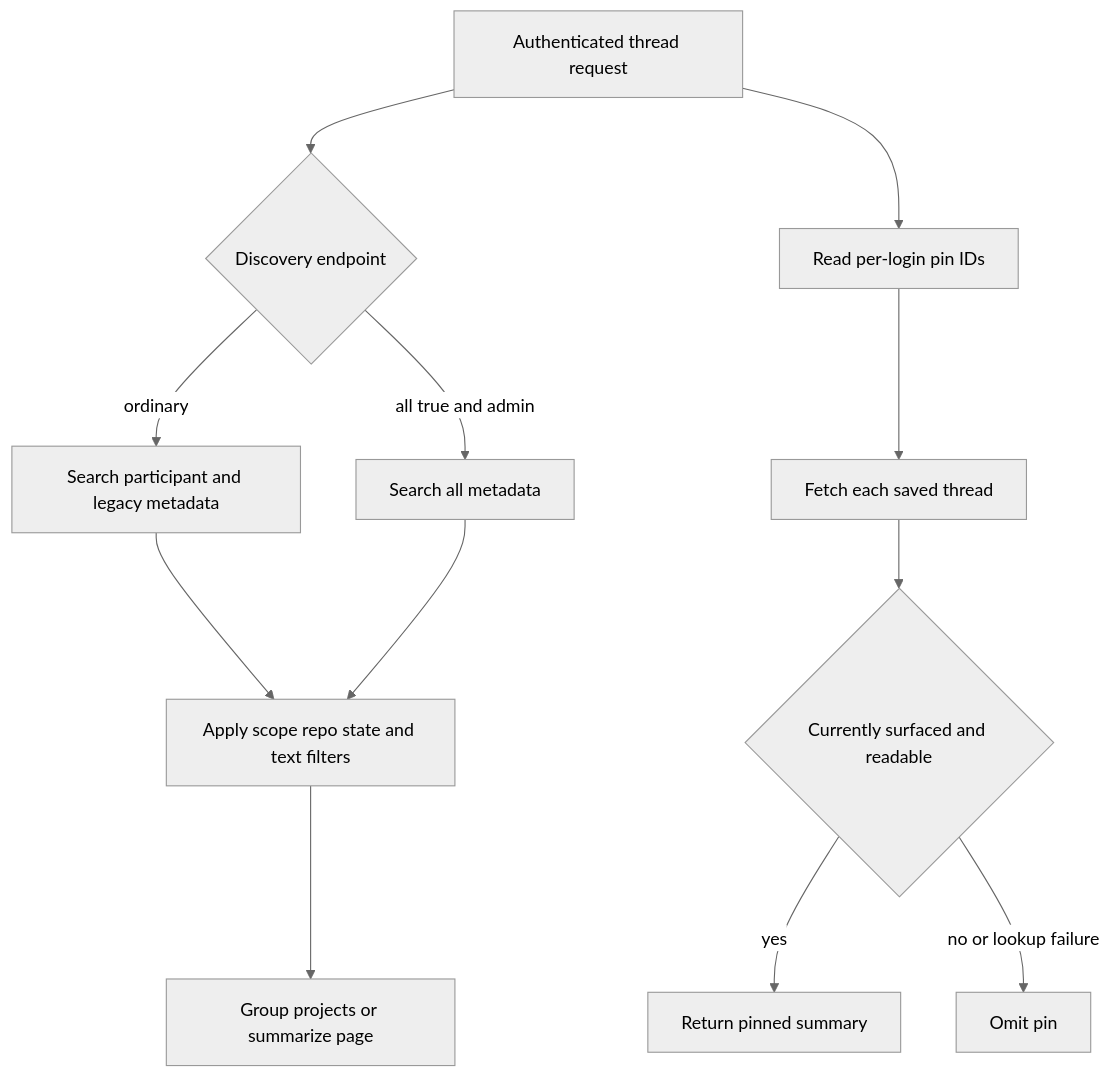
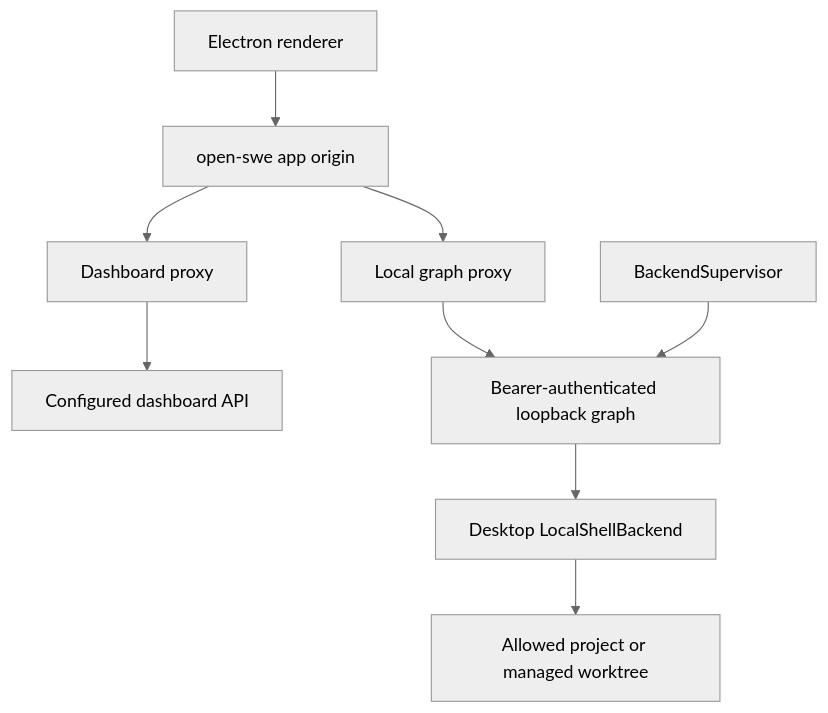
Before and after one commit to langchain-ai/open-swe: the second of 2 diagrams in openwiki/integrations/dashboard-ui.md, drawn with Mermaid (neutral theme). The commit also changed other lines of this file and 52 other files, not shown here.

Commit message:
docs(repo): update OpenWiki

````diff
--- a/openwiki/integrations/dashboard-ui.md
+++ b/openwiki/integrations/dashboard-ui.md
@@ -103,14 +115,11 @@
 ```mermaid
 flowchart TD
-    Request["Authenticated thread request"] --> Listing{"Discovery endpoint"}
-    Listing -->|"ordinary"| Participants["Search participant and legacy metadata"]
-    Listing -->|"all true and admin"| Broad["Search all metadata"]
-    Participants --> Filters["Apply scope repo state and text filters"]
-    Broad --> Filters
-    Filters --> Projects["Group projects or summarize page"]
-    Request --> Pins["Read per-login pin IDs"]
-    Pins --> Fetch["Fetch each saved thread"]
-    Fetch --> Readable{"Currently surfaced and readable"}
-    Readable -->|"yes"| Pinned["Return pinned summary"]
-    Readable -->|"no or lookup failure"| Omit["Omit pin"]
+    Renderer["Electron renderer"] --> AppOrigin["open-swe app origin"]
+    AppOrigin --> DashboardProxy["Dashboard proxy"]
+    DashboardProxy --> RemoteAPI["Configured dashboard API"]
+    AppOrigin --> LocalProxy["Local graph proxy"]
+    LocalProxy --> AuthLoopback["Bearer-authenticated loopback graph"]
+    Supervisor["BackendSupervisor"] --> AuthLoopback
+    AuthLoopback --> LocalBackend["Desktop LocalShellBackend"]
+    LocalBackend --> Project["Allowed project or managed worktree"]
 ```
````
